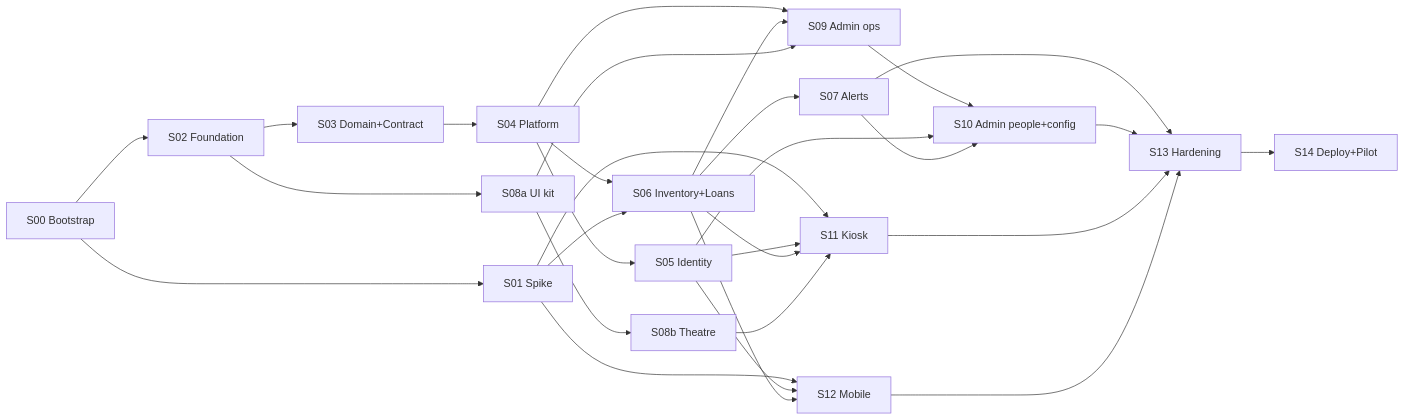
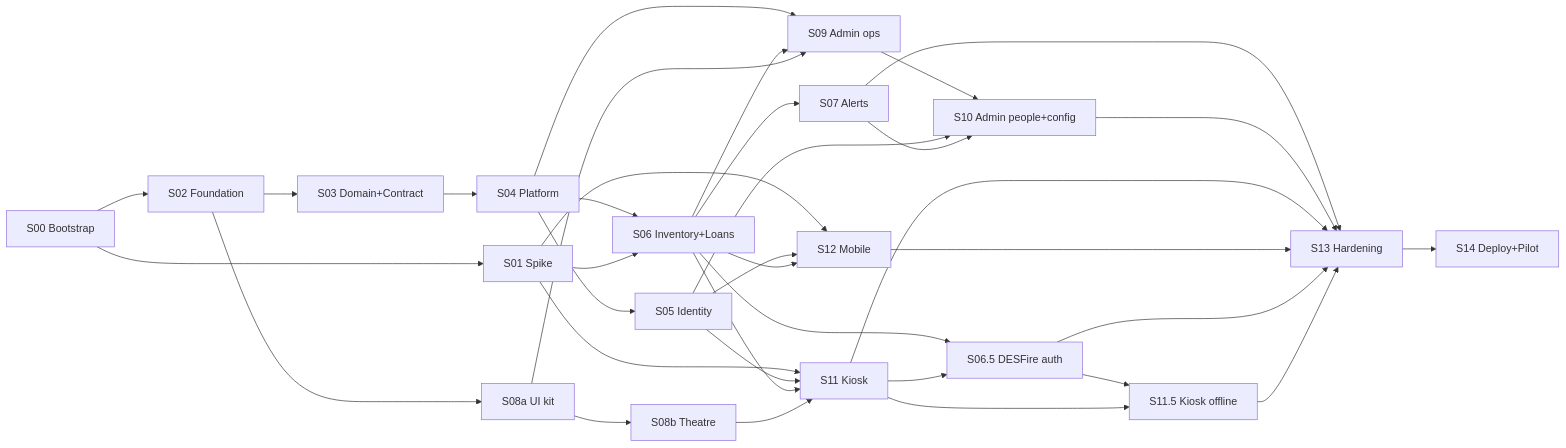
Before and after one commit to AyuknyamndiICTU/Inven-ICTU: the diagram in plans/ictu-labpass/00-blueprint.md, drawn with Mermaid. The commit also changed other lines of this file and 5 other files, not shown here.

````diff
--- a/plans/ictu-labpass/00-blueprint.md
+++ b/plans/ictu-labpass/00-blueprint.md
@@ -74,14 +77,16 @@
 ```mermaid
 flowchart LR
   S00[S00 Bootstrap] --> S01[S01 Spike] & S02[S02 Foundation]
   S02 --> S03[S03 Domain+Contract] --> S04[S04 Platform]
   S02 --> S08a[S08a UI kit] --> S08b[S08b Theatre]
   S04 --> S05[S05 Identity] & S06[S06 Inventory+Loans]
   S01 --> S06 & S11 & S12
   S06 --> S07[S07 Alerts]
   S04 & S06 & S08a --> S09[S09 Admin ops]
   S09 & S05 & S07 --> S10[S10 Admin people+config]
   S05 & S06 & S08b --> S11[S11 Kiosk]
   S05 & S06 --> S12[S12 Mobile]
-  S07 & S10 & S11 & S12 --> S13[S13 Hardening] --> S14[S14 Deploy+Pilot]
+  S06 & S11 --> S065[S06.5 DESFire auth] --> S115[S11.5 Kiosk offline]
+  S11 --> S115
+  S07 & S10 & S11 & S12 & S065 & S115 --> S13[S13 Hardening] --> S14[S14 Deploy+Pilot]
 ```
````
